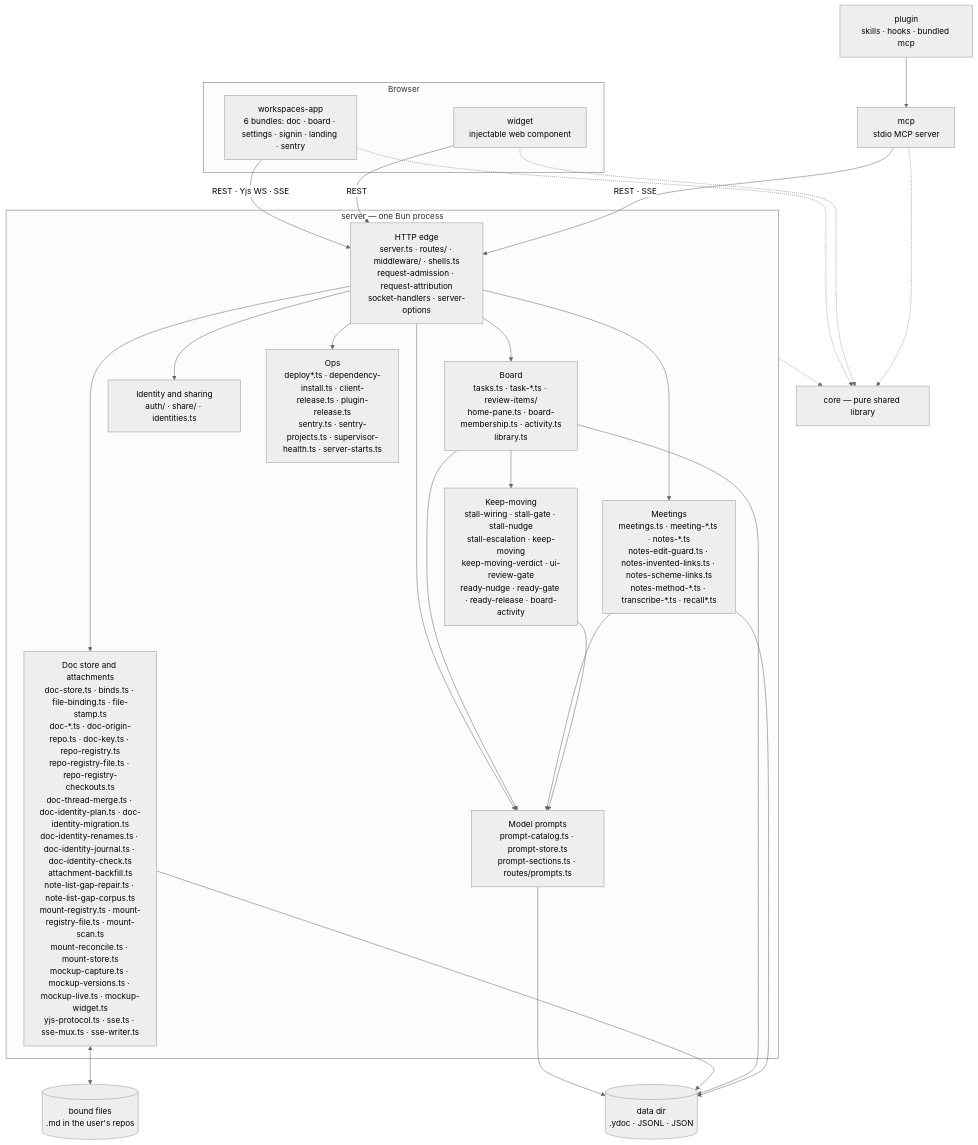
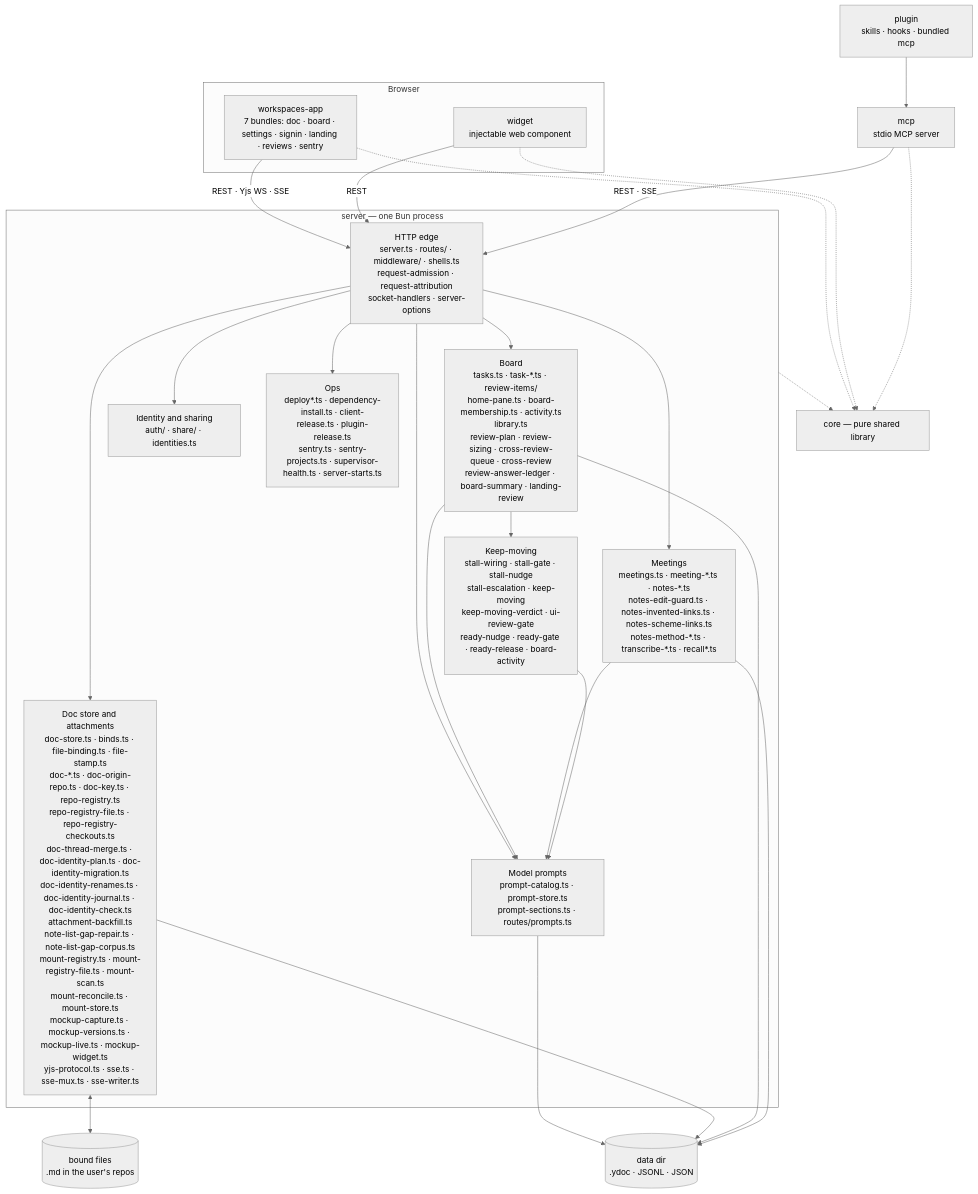
Before and after one commit to fryanpan/claude-workspaces-plugin: the first of 2 diagrams in docs/architecture/overview.md, drawn with Mermaid (neutral theme). The commit also changed other lines of this file and 15 other files, not shown here.

First line of the commit message:
Workspaces home and /reviews walk every board's review items at the size you choose

````diff
--- a/docs/architecture/overview.md
+++ b/docs/architecture/overview.md
@@ -45,35 +45,35 @@
 ```mermaid
 flowchart TB
   subgraph browser[Browser]
-    app["workspaces-app<br/>6 bundles: doc · board · settings · signin · landing · sentry"]
+    app["workspaces-app<br/>7 bundles: doc · board · settings · signin · landing · reviews · sentry"]
     wid["widget<br/>injectable web component"]
   end
   plug["plugin<br/>skills · hooks · bundled mcp"]
   mcp["mcp<br/>stdio MCP server"]
   subgraph srv["server — one Bun process"]
     edge["HTTP edge<br/>server.ts · routes/ · middleware/ · shells.ts<br/>request-admission · request-attribution<br/>socket-handlers · server-options"]
     docs["Doc store and attachments<br/>doc-store.ts · binds.ts · file-binding.ts · file-stamp.ts<br/>doc-*.ts · doc-origin-repo.ts · doc-key.ts · repo-registry.ts<br/>repo-registry-file.ts · repo-registry-checkouts.ts<br/>doc-thread-merge.ts · doc-identity-plan.ts · doc-identity-migration.ts<br/>doc-identity-renames.ts · doc-identity-journal.ts · doc-identity-check.ts<br/>attachment-backfill.ts<br/>note-list-gap-repair.ts · note-list-gap-corpus.ts<br/>mount-registry.ts · mount-registry-file.ts · mount-scan.ts<br/>mount-reconcile.ts · mount-store.ts<br/>mockup-capture.ts · mockup-versions.ts · mockup-live.ts · mockup-widget.ts<br/>yjs-protocol.ts · sse.ts · sse-mux.ts · sse-writer.ts"]
-    board["Board<br/>tasks.ts · task-*.ts · review-items/<br/>home-pane.ts · board-membership.ts · activity.ts<br/>library.ts"]
+    board["Board<br/>tasks.ts · task-*.ts · review-items/<br/>home-pane.ts · board-membership.ts · activity.ts<br/>library.ts<br/>review-plan · review-sizing · cross-review-queue · cross-review<br/>review-answer-ledger · board-summary · landing-review"]
     meet["Meetings<br/>meetings.ts · meeting-*.ts · notes-*.ts<br/>notes-edit-guard.ts · notes-invented-links.ts · notes-scheme-links.ts<br/>notes-method-*.ts · transcribe-*.ts · recall*.ts"]
     keep["Keep-moving<br/>stall-wiring · stall-gate · stall-nudge<br/>stall-escalation · keep-moving<br/>keep-moving-verdict · ui-review-gate<br/>ready-nudge · ready-gate · ready-release · board-activity"]
     ident["Identity and sharing<br/>auth/ · share/ · identities.ts"]
     prompts["Model prompts<br/>prompt-catalog.ts · prompt-store.ts<br/>prompt-sections.ts · routes/prompts.ts"]
     ops["Ops<br/>deploy*.ts · dependency-install.ts · client-release.ts · plugin-release.ts<br/>sentry.ts · sentry-projects.ts · supervisor-health.ts · server-starts.ts"]
   end
   core["core — pure shared library"]
   disk[("data dir<br/>.ydoc · JSONL · JSON")]
   files[("bound files<br/>.md in the user's repos")]
 
   app -->|"REST · Yjs WS · SSE"| edge
   wid -->|REST| edge
   plug --> mcp
   mcp -->|"REST · SSE"| edge
   edge --> docs & board & meet & ident & ops & prompts
   board & meet & keep --> prompts
   prompts --> disk
   board --> keep
   docs <--> files
   docs & board & meet --> disk
   app & wid & mcp -.-> core
   srv -.-> core
 ```
````
